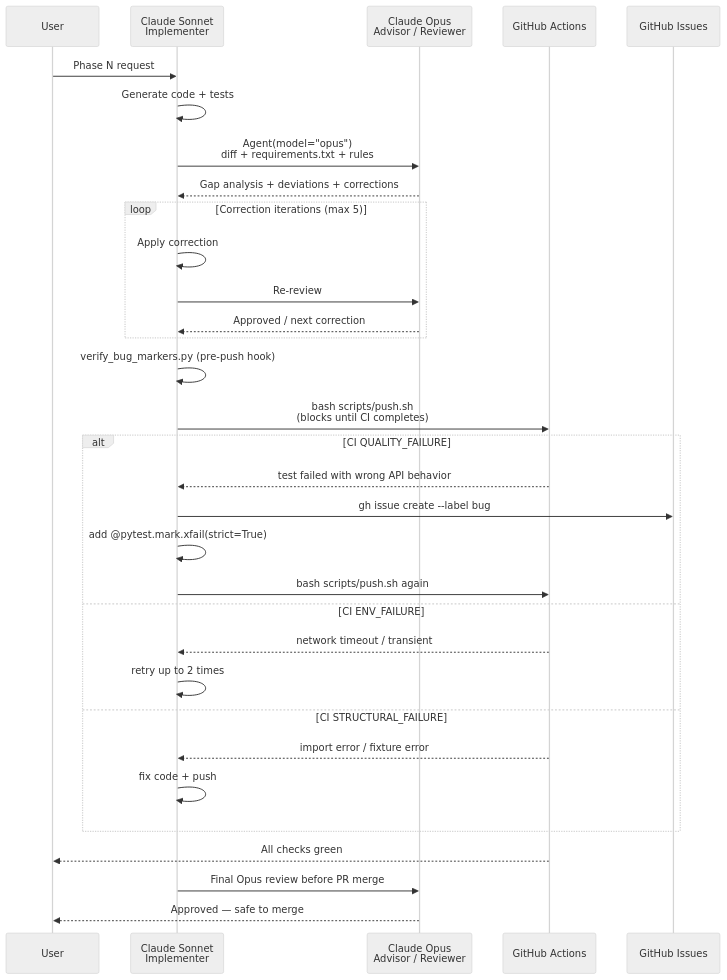
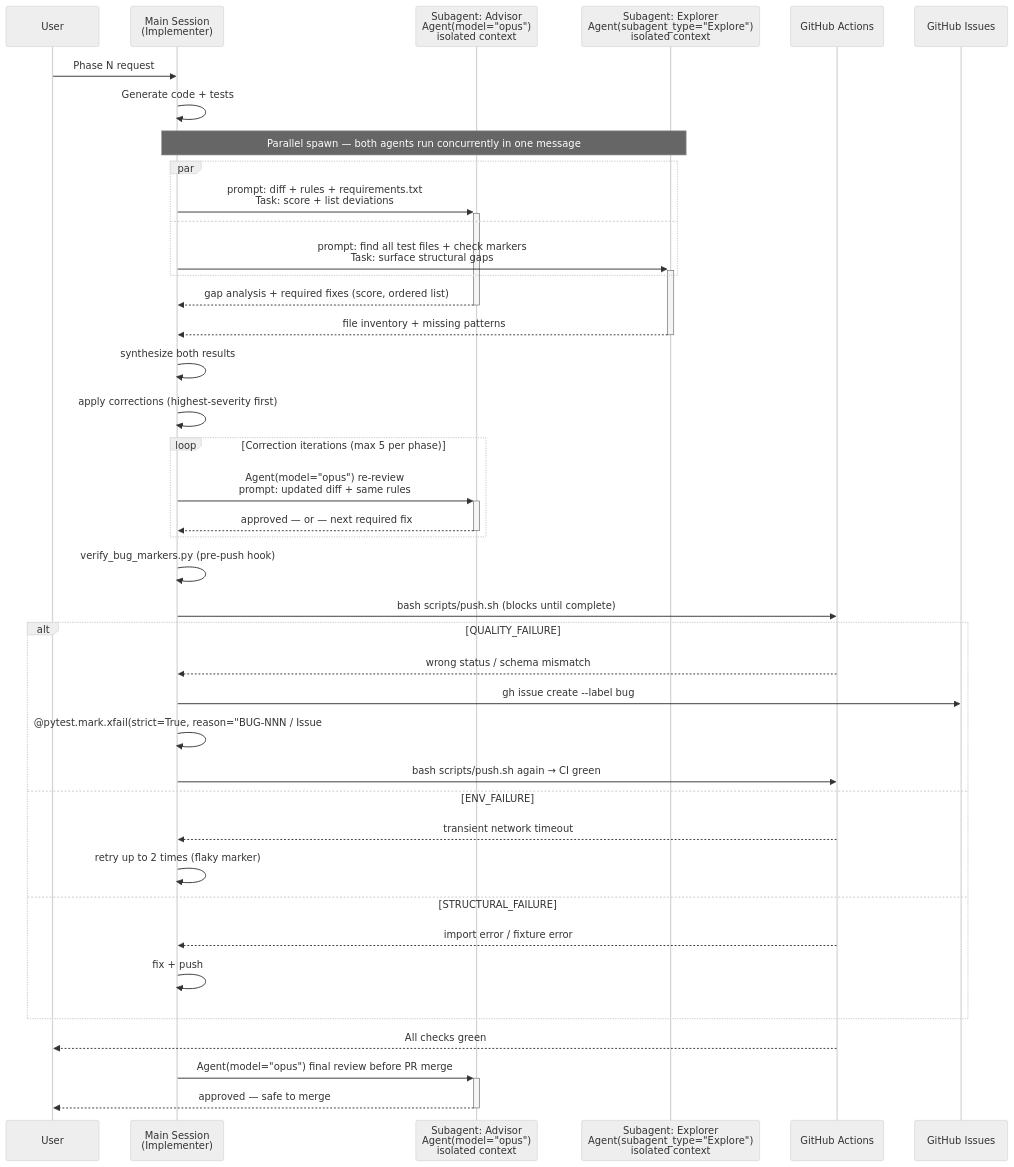
One commit to sks-54/api-test-framework changed the third of 7 diagrams in README.md. Above: the diagram before and after it, drawn with Mermaid (neutral theme). The commit also changed other lines of this file, not shown here.

First line of the commit message:
docs: add parallel agent diagram + spec-driven development section

````diff
--- a/README.md
+++ b/README.md
@@ -158,39 +161,49 @@
 ```mermaid
 sequenceDiagram
     participant U as User
-    participant S as Claude Sonnet<br/>Implementer
-    participant O as Claude Opus<br/>Advisor / Reviewer
+    participant M as Main Session<br/>(Implementer)
+    participant O as Subagent: Advisor<br/>Agent(model="opus")<br/>isolated context
+    participant E as Subagent: Explorer<br/>Agent(subagent_type="Explore")<br/>isolated context
     participant CI as GitHub Actions
     participant GH as GitHub Issues
 
-    U->>S: Phase N request
-    S->>S: Generate code + tests
-    S->>O: Agent(model="opus")<br/>diff + requirements.txt + rules
-    O-->>S: Gap analysis + deviations + corrections
+    U->>M: Phase N request
+    M->>M: Generate code + tests
 
-    loop Correction iterations (max 5)
-        S->>S: Apply correction
-        S->>O: Re-review
-        O-->>S: Approved / next correction
+    Note over M,E: Parallel spawn — both agents run concurrently in one message
+    par
+        M->>+O: prompt: diff + rules + requirements.txt<br/>Task: score + list deviations
+    and
+        M->>+E: prompt: find all test files + check markers<br/>Task: surface structural gaps
+    end
+    O-->>-M: gap analysis + required fixes (score, ordered list)
+    E-->>-M: file inventory + missing patterns
+
+    M->>M: synthesize both results
+    M->>M: apply corrections (highest-severity first)
+
+    loop Correction iterations (max 5 per phase)
+        M->>+O: Agent(model="opus") re-review<br/>prompt: updated diff + same rules
+        O-->>-M: approved — or — next required fix
     end
 
-    S->>S: verify_bug_markers.py (pre-push hook)
-    S->>CI: bash scripts/push.sh<br/>(blocks until CI completes)
+    M->>M: verify_bug_markers.py (pre-push hook)
+    M->>CI: bash scripts/push.sh (blocks until complete)
 
-    alt CI QUALITY_FAILURE
-        CI-->>S: test failed with wrong API behavior
-        S->>GH: gh issue create --label bug
-        S->>S: add @pytest.mark.xfail(strict=True)
-        S->>CI: bash scripts/push.sh again
-    else CI ENV_FAILURE
-        CI-->>S: network timeout / transient
-        S->>S: retry up to 2 times
-    else CI STRUCTURAL_FAILURE
-        CI-->>S: import error / fixture error
-        S->>S: fix code + push
+    alt QUALITY_FAILURE
+        CI-->>M: wrong status / schema mismatch
+        M->>GH: gh issue create --label bug
+        M->>M: @pytest.mark.xfail(strict=True, reason="BUG-NNN / Issue #N")
+        M->>CI: bash scripts/push.sh again → CI green
+    else ENV_FAILURE
+        CI-->>M: transient network timeout
+        M->>M: retry up to 2 times (flaky marker)
+    else STRUCTURAL_FAILURE
+        CI-->>M: import error / fixture error
+        M->>M: fix + push
     end
 
     CI-->>U: All checks green
-    S->>O: Final Opus review before PR merge
-    O-->>U: Approved — safe to merge
+    M->>+O: Agent(model="opus") final review before PR merge
+    O-->>-U: approved — safe to merge
 ```
````
